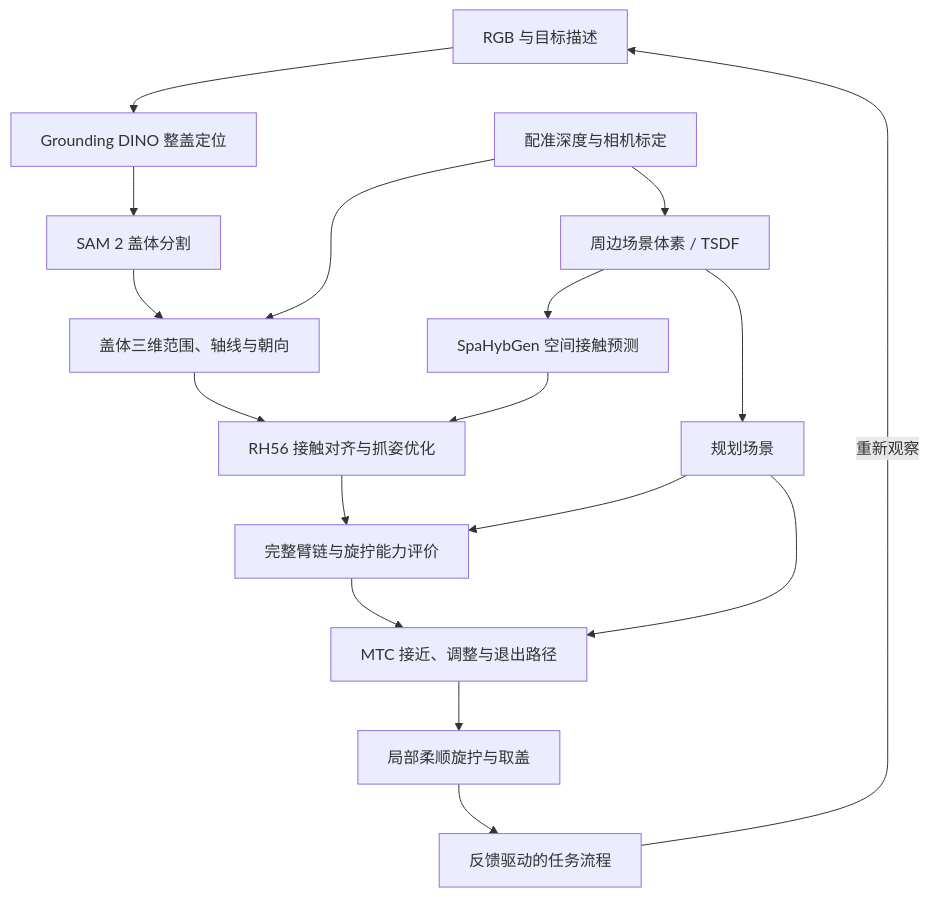
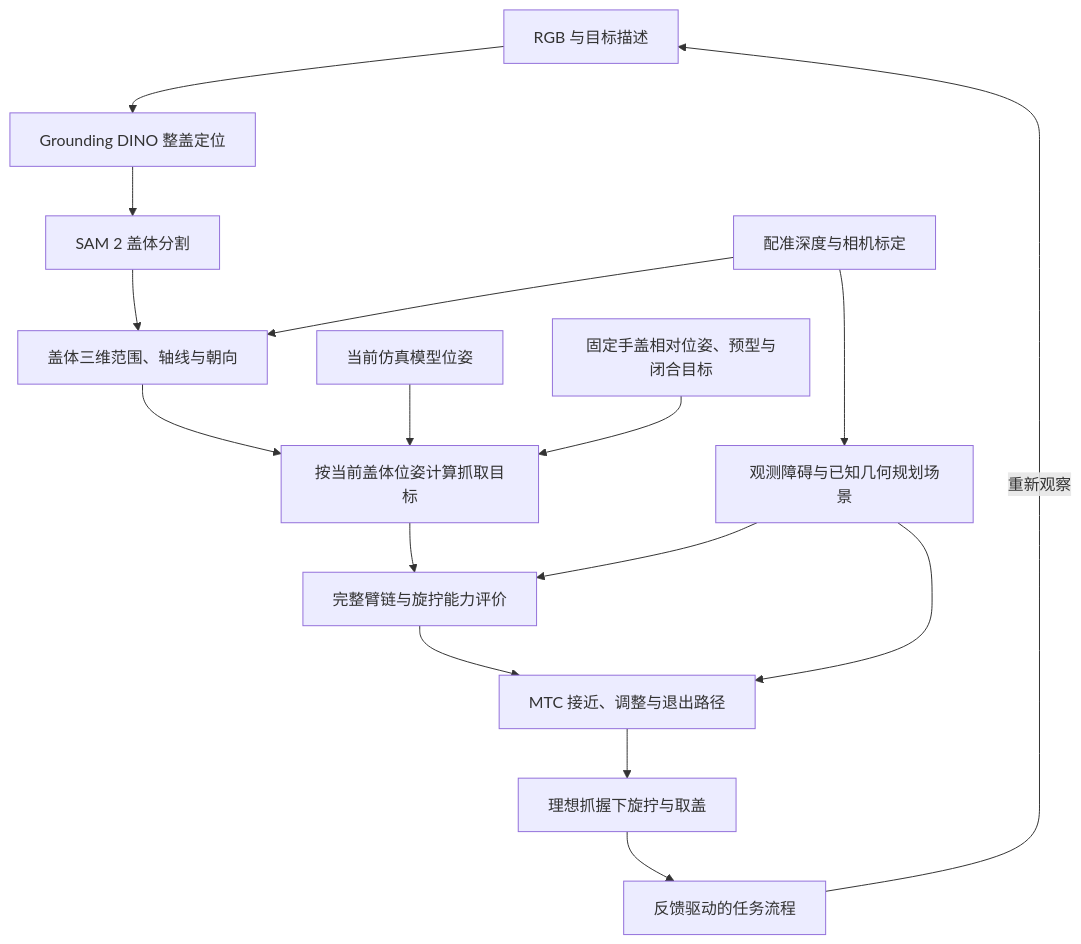
The diagram in doc/current_technical_route.md (Ace-XiaoChuan/i10_rh56_refueling), drawn with Mermaid before and after one commit. The commit also changed other lines of this file and 285 other files, not shown here.

````diff
--- a/doc/current_technical_route.md
+++ b/doc/current_technical_route.md
@@ -9,20 +9,19 @@
 ```mermaid
 
 flowchart TD
     RGB[RGB 与目标描述] --> DINO[Grounding DINO 整盖定位]
     DINO --> SAM[SAM 2 盖体分割]
     SAM --> GEO[盖体三维范围、轴线与朝向]
     DEPTH[配准深度与相机标定] --> GEO
-    DEPTH --> VOL[周边场景体素 / TSDF]
-    VOL --> CONTACT[SpaHybGen 空间接触预测]
-    GEO --> GRASP[RH56 接触对齐与抓姿优化]
-    CONTACT --> GRASP
-    GRASP --> ARM[完整臂链与旋拧能力评价]
-    VOL --> SCENE[规划场景]
+    GEO --> TARGET[按当前盖体位姿计算抓取目标]
+    SIM[当前仿真模型位姿] --> TARGET
+    FIXED[固定手盖相对位姿、预型与闭合目标] --> TARGET
+    TARGET --> ARM[完整臂链与旋拧能力评价]
+    DEPTH --> SCENE[观测障碍与已知几何规划场景]
     SCENE --> ARM
     ARM --> MTC[MTC 接近、调整与退出路径]
     SCENE --> MTC
-    MTC --> EXEC[局部柔顺旋拧与取盖]
+    MTC --> EXEC[理想抓握下旋拧与取盖]
     EXEC --> TASK[反馈驱动的任务流程]
     TASK -->|重新观察| RGB
 ```
````
